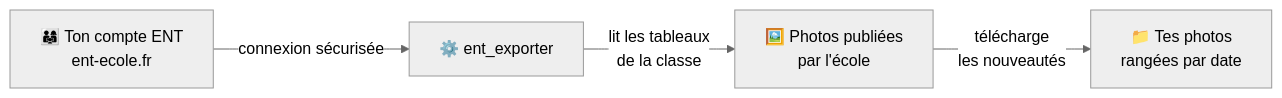
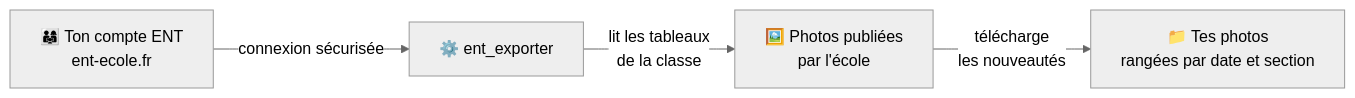
One commit to SckyzO/beneylu-photo-sync changed the diagram in README.md. Above: the diagram before and after it, drawn with Mermaid (neutral theme). The commit also changed 5 other files, not shown here.

````diff
--- a/README.md
+++ b/README.md
@@ -12,6 +12,6 @@
 ```mermaid
 flowchart LR
     A["👨‍👩‍👧 Ton compte ENT<br/>ent-ecole.fr"] -->|connexion sécurisée| B["⚙️ ent_exporter"]
     B -->|lit les tableaux<br/>de la classe| C["🖼️ Photos publiées<br/>par l'école"]
-    C -->|télécharge<br/>les nouveautés| D["📁 Tes photos<br/>rangées par date"]
+    C -->|télécharge<br/>les nouveautés| D["📁 Tes photos<br/>rangées par date et section"]
 ```
````
